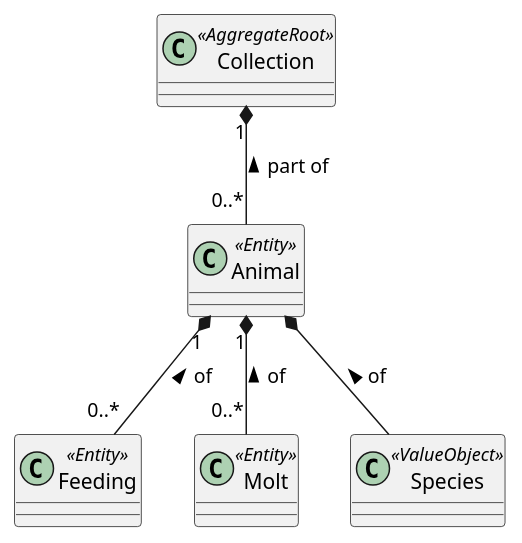
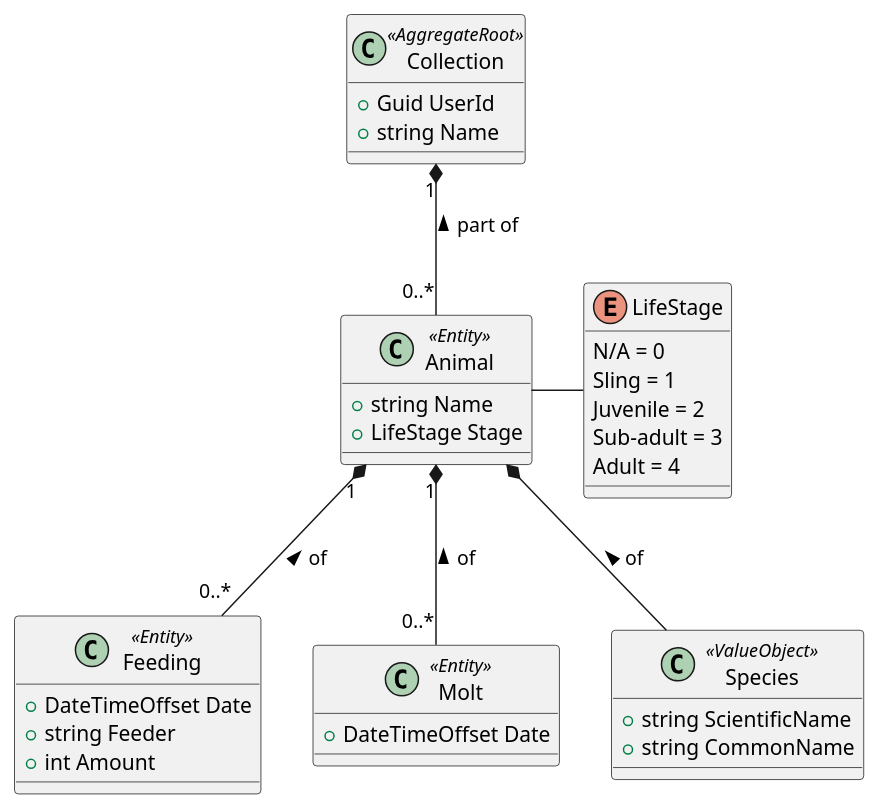
The diagram in docs/domain_model.puml (swiftybathero/EightCare), drawn with PlantUML before and after one commit.

Commit message:
Add more domain model details

```diff
--- a/docs/domain_model.puml
+++ b/docs/domain_model.puml
@@ -1,30 +1,45 @@
-@startuml
+@startuml Domain Model
 
 ' Class definitions
 class Collection << AggregateRoot >> {
-
+  + Guid UserId
+  + string Name
 }
 
 class Animal << Entity >> {
-
+  + string Name
+  + LifeStage Stage
 }
 
 class Feeding << Entity >> {
-
+  + DateTimeOffset Date
+  + string Feeder
+  + int Amount
 }
 
 class Molt << Entity >> {
-
+  + DateTimeOffset Date
 }
 
 class Species << ValueObject >> {
+  + string ScientificName
+  + string CommonName
+}
 
+' Enums
+enum LifeStage {
+  N/A = 0
+  Sling = 1
+  Juvenile = 2
+  Sub-adult = 3
+  Adult = 4
 }
 
 ' Relations
 Collection "1" *-- "0..*" Animal : part of <
 Animal "1" *-- "0..*" Feeding : of <
 Animal "1" *-- "0..*" Molt : of <
 Animal *-- Species : of <
+Animal -right- LifeStage
 
 @enduml
```
